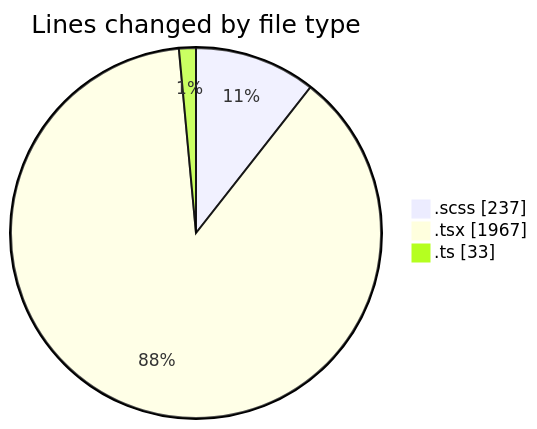
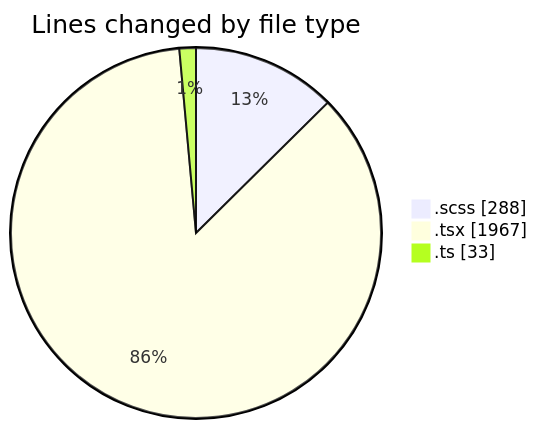
The first of 2 diagrams in 2025-02-10/cda/README.md (momahboobian/code-tracking), drawn with Mermaid before and after one commit. The commit also changed other lines of this file and 1 other file, not shown here.

````diff
--- a/2025-02-10/cda/README.md
+++ b/2025-02-10/cda/README.md
@@ -25,7 +25,7 @@
 ```mermaid
 pie showData
 title Lines changed by file type
-".scss" : 237
+".scss" : 288
 ".tsx" : 1967
 ".ts" : 33
 ```
````
